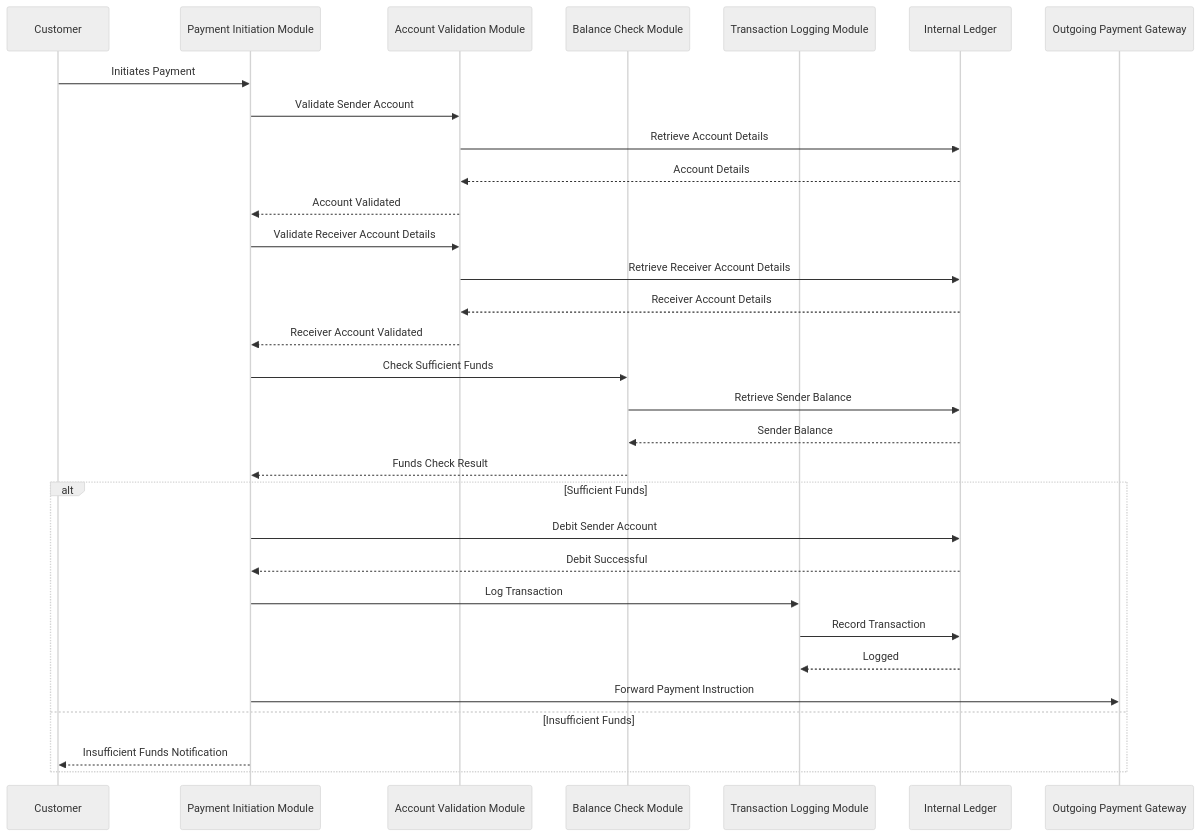
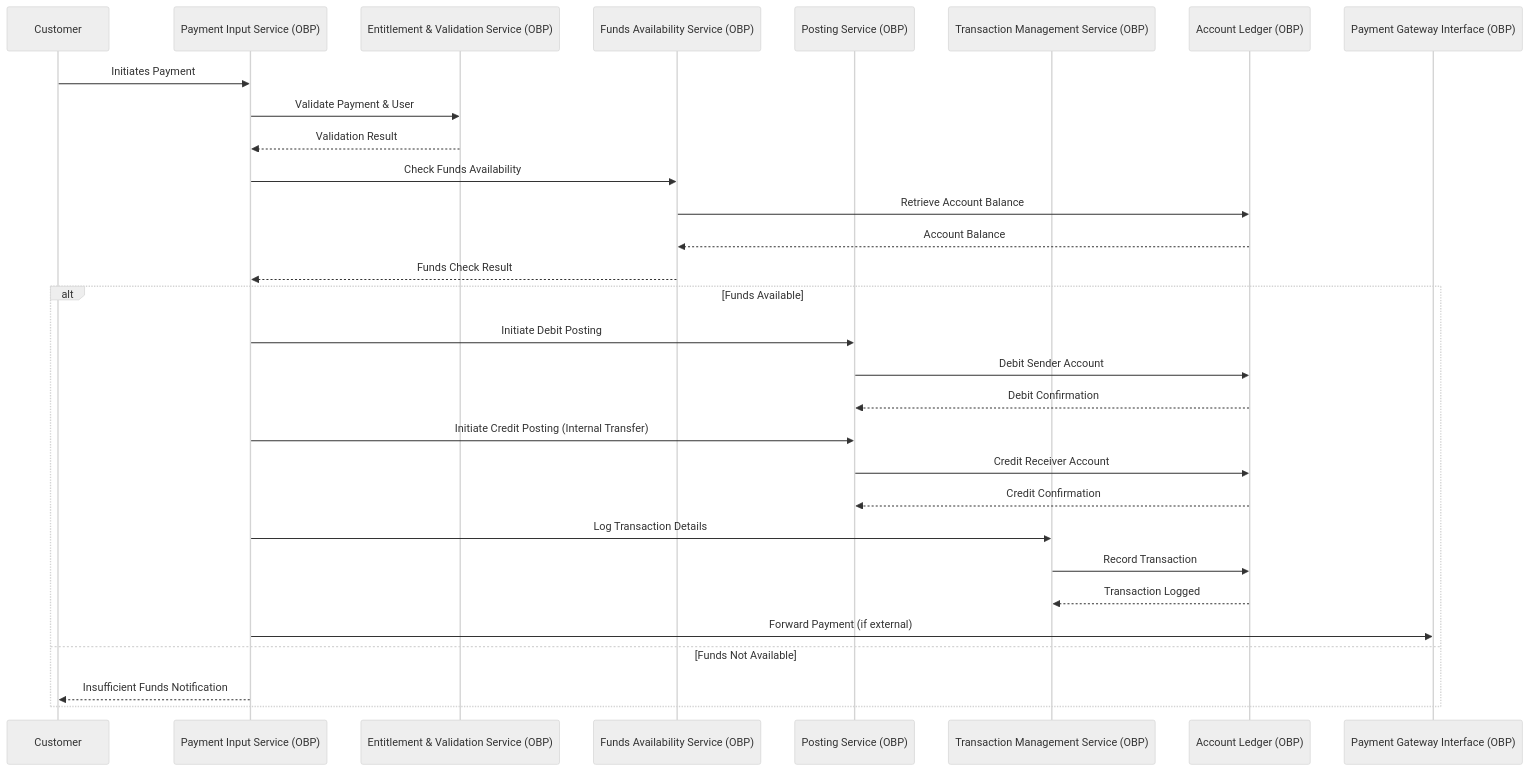
One commit to paranthaman-rajendran/domain changed the diagram in payment/payment-processing.md. Above: the diagram before and after it, drawn with Mermaid (neutral theme).

````diff
--- a/payment/payment-processing.md
+++ b/payment/payment-processing.md
@@ -1,38 +1,38 @@
 ```mermaid
 sequenceDiagram
     participant Customer
-    participant Payment Initiation Module
-    participant Account Validation Module
-    participant Balance Check Module
-    participant Transaction Logging Module
-    participant Internal Ledger
-    participant Outgoing Payment Gateway
+    participant Payment Input Service (OBP)
+    participant Entitlement & Validation Service (OBP)
+    participant Funds Availability Service (OBP)
+    participant Posting Service (OBP)
+    participant Transaction Management Service (OBP)
+    participant Account Ledger (OBP)
+    participant Payment Gateway Interface (OBP)
 
-    Customer->>Payment Initiation Module: Initiates Payment
-    Payment Initiation Module->>Account Validation Module: Validate Sender Account
-    Account Validation Module->>Internal Ledger: Retrieve Account Details
-    Internal Ledger-->>Account Validation Module: Account Details
-    Account Validation Module-->>Payment Initiation Module: Account Validated
+    Customer->>Payment Input Service (OBP): Initiates Payment
+    Payment Input Service (OBP)->>Entitlement & Validation Service (OBP): Validate Payment & User
+    Entitlement & Validation Service (OBP)-->>Payment Input Service (OBP): Validation Result
 
-    Payment Initiation Module->>Account Validation Module: Validate Receiver Account Details
-    Account Validation Module->>Internal Ledger: Retrieve Receiver Account Details
-    Internal Ledger-->>Account Validation Module: Receiver Account Details
-    Account Validation Module-->>Payment Initiation Module: Receiver Account Validated
+    Payment Input Service (OBP)->>Funds Availability Service (OBP): Check Funds Availability
+    Funds Availability Service (OBP)->>Account Ledger (OBP): Retrieve Account Balance
+    Account Ledger (OBP)-->>Funds Availability Service (OBP): Account Balance
+    Funds Availability Service (OBP)-->>Payment Input Service (OBP): Funds Check Result
 
-    Payment Initiation Module->>Balance Check Module: Check Sufficient Funds
-    Balance Check Module->>Internal Ledger: Retrieve Sender Balance
-    Internal Ledger-->>Balance Check Module: Sender Balance
-    Balance Check Module-->>Payment Initiation Module: Funds Check Result
+    alt Funds Available
+        Payment Input Service (OBP)->>Posting Service (OBP): Initiate Debit Posting
+        Posting Service (OBP)->>Account Ledger (OBP): Debit Sender Account
+        Account Ledger (OBP)-->>Posting Service (OBP): Debit Confirmation
 
-    alt Sufficient Funds
-        Payment Initiation Module->>Internal Ledger: Debit Sender Account
-        Internal Ledger-->>Payment Initiation Module: Debit Successful
-        Payment Initiation Module->>Transaction Logging Module: Log Transaction
-        Transaction Logging Module->>Internal Ledger: Record Transaction
-        Internal Ledger-->>Transaction Logging Module: Logged
+        Payment Input Service (OBP)->>Posting Service (OBP): Initiate Credit Posting (Internal Transfer)
+        Posting Service (OBP)->>Account Ledger (OBP): Credit Receiver Account
+        Account Ledger (OBP)-->>Posting Service (OBP): Credit Confirmation
 
-        Payment Initiation Module->>Outgoing Payment Gateway: Forward Payment Instruction
-    else Insufficient Funds
-        Payment Initiation Module-->>Customer: Insufficient Funds Notification
+        Payment Input Service (OBP)->>Transaction Management Service (OBP): Log Transaction Details
+        Transaction Management Service (OBP)->>Account Ledger (OBP): Record Transaction
+        Account Ledger (OBP)-->>Transaction Management Service (OBP): Transaction Logged
+
+        Payment Input Service (OBP)->>Payment Gateway Interface (OBP): Forward Payment (if external)
+    else Funds Not Available
+        Payment Input Service (OBP)-->>Customer: Insufficient Funds Notification
     end
 ```
````
